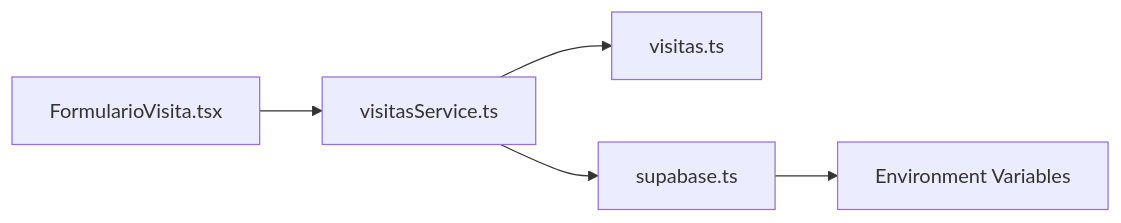
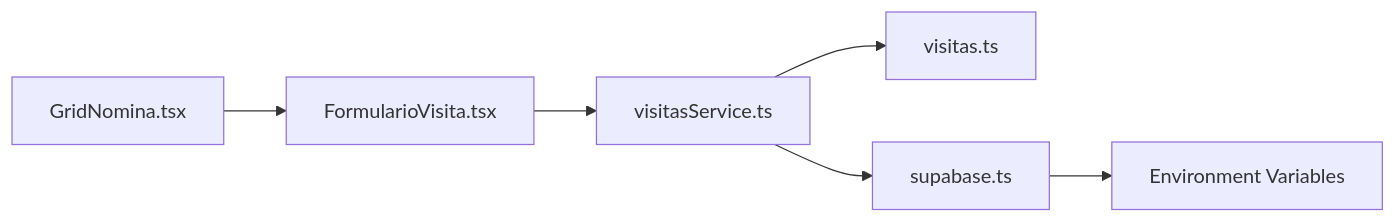
Before and after one commit to AgusCatra/simu-twin-web: the fourth of 4 diagrams in .qoder/repowiki/en/content/Core Services & Business Logic/Visit Management Service.md, drawn with Mermaid. The commit also changed other lines of this file and 6 other files, not shown here.

````diff
--- a/.qoder/repowiki/en/content/Core Services & Business Logic/Visit Management Service.md
+++ b/.qoder/repowiki/en/content/Core Services & Business Logic/Visit Management Service.md
@@ -306,7 +272,8 @@
 ```mermaid
 graph LR
 UI["FormularioVisita.tsx"] --> SVC["visitasService.ts"]
+GN["GridNomina.tsx"] --> UI
 SVC --> TYPES["visitas.ts"]
 SVC --> SUP["supabase.ts"]
 SUP --> ENV["Environment Variables"]
 ```
````
